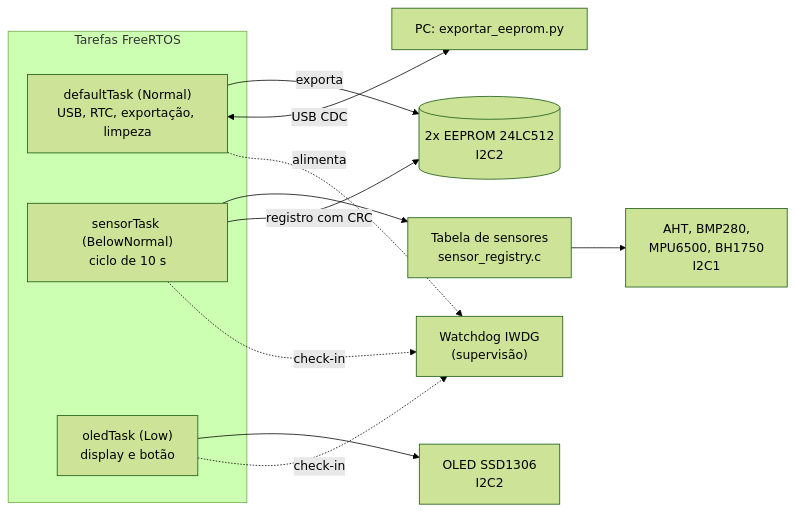
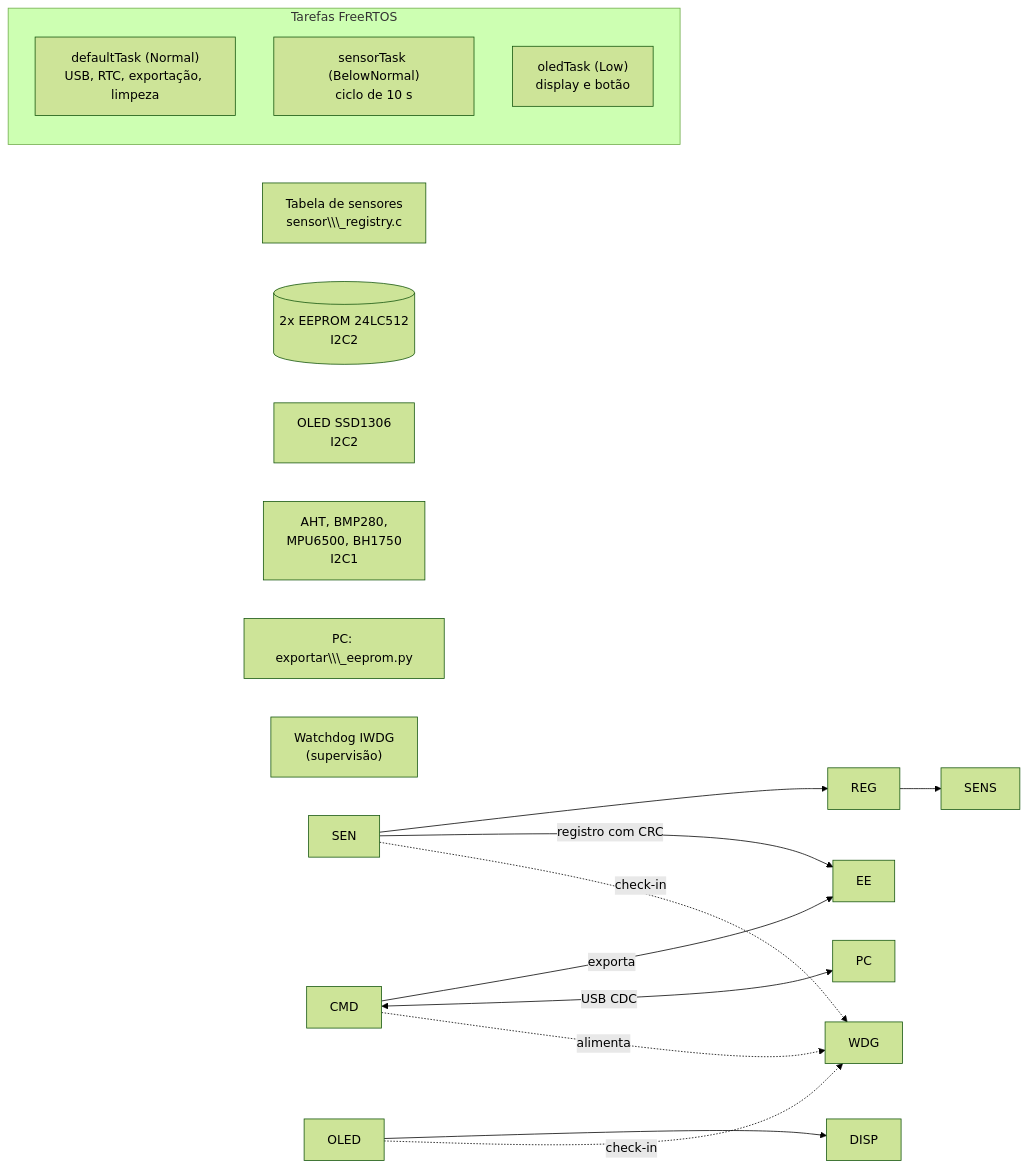
Before and after one commit to CristianoTeruia/PlataformaModular: the diagram in README.md, drawn with Mermaid (forest theme). The commit also changed other lines of this file, not shown here.

````diff
--- a/README.md
+++ b/README.md
@@ -40,22 +54,22 @@
 ```mermaid
 flowchart LR
-    subgraph T["Tarefas FreeRTOS"]
-        CMD["defaultTask (Normal)<br/>USB, RTC, exportação, limpeza"]
-        SEN["sensorTask (BelowNormal)<br/>ciclo de 10 s"]
-        OLED["oledTask (Low)<br/>display e botão"]
+    subgraph T\\\["Tarefas FreeRTOS"]
+        CMD\\\["defaultTask (Normal)<br/>USB, RTC, exportação, limpeza"]
+        SEN\\\["sensorTask (BelowNormal)<br/>ciclo de 10 s"]
+        OLED\\\["oledTask (Low)<br/>display e botão"]
     end
-    REG["Tabela de sensores<br/>sensor_registry.c"]
-    EE[("2x EEPROM 24LC512<br/>I2C2")]
-    DISP["OLED SSD1306<br/>I2C2"]
-    SENS["AHT, BMP280,<br/>MPU6500, BH1750<br/>I2C1"]
-    PC["PC: exportar_eeprom.py"]
-    WDG["Watchdog IWDG<br/>(supervisão)"]
+    REG\\\["Tabela de sensores<br/>sensor\\\_registry.c"]
+    EE\\\[("2x EEPROM 24LC512<br/>I2C2")]
+    DISP\\\["OLED SSD1306<br/>I2C2"]
+    SENS\\\["AHT, BMP280,<br/>MPU6500, BH1750<br/>I2C1"]
+    PC\\\["PC: exportar\\\_eeprom.py"]
+    WDG\\\["Watchdog IWDG<br/>(supervisão)"]
     SEN --> REG --> SENS
     SEN -->|registro com CRC| EE
     CMD -->|exporta| EE
     CMD <-->|USB CDC| PC
     OLED --> DISP
     SEN -. "check-in" .-> WDG
     OLED -. "check-in" .-> WDG
     CMD -. "alimenta" .-> WDG
 ```
````
